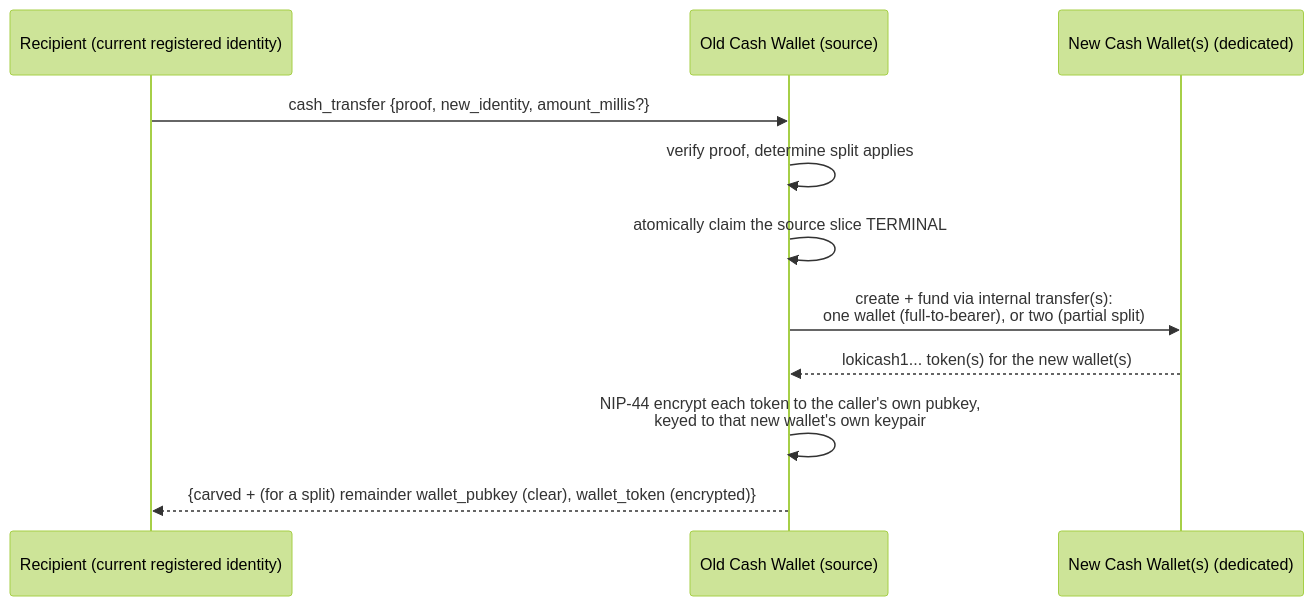
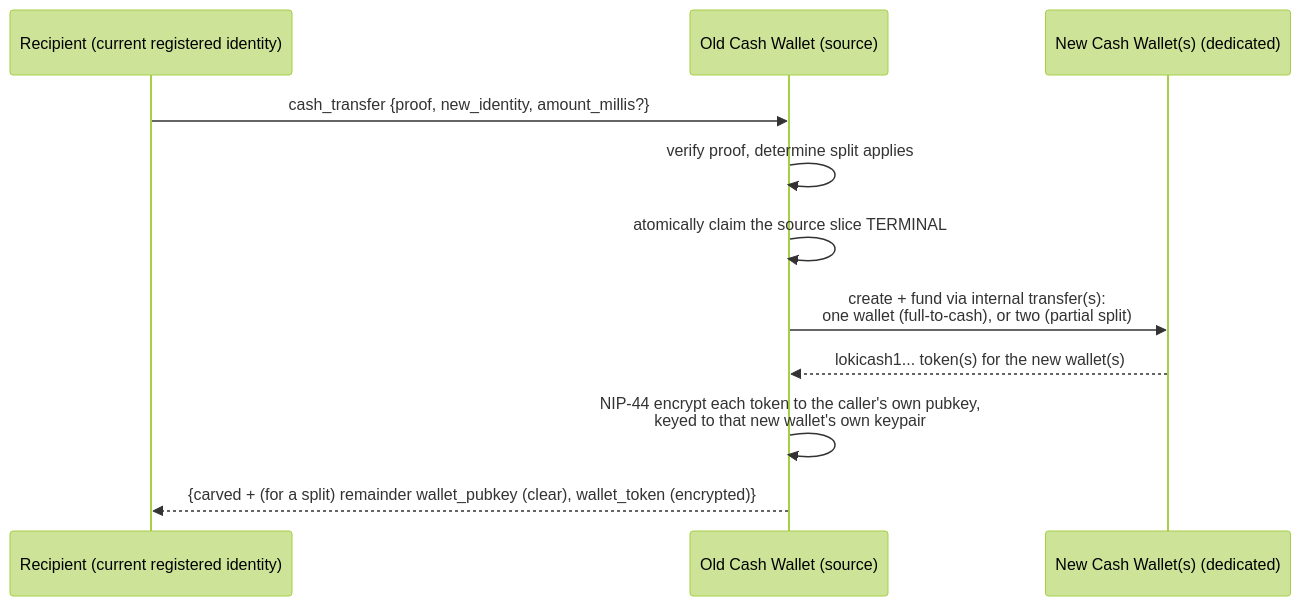
The fifth of 8 diagrams in docs/nips/NIP-CASH.md (flokiorg/lokihub), drawn with Mermaid (forest theme) before and after one commit. The commit also changed other lines of this file and 67 other files, not shown here.

First line of the commit message:
feat(cash)!: rename bearer mode to cash mode (#102)

````diff
--- a/docs/nips/NIP-CASH.md
+++ b/docs/nips/NIP-CASH.md
@@ -663,14 +670,14 @@
 ```mermaid
 sequenceDiagram
     participant Caller as Recipient (current registered identity)
     participant Old as Old Cash Wallet (source)
     participant New as New Cash Wallet(s) (dedicated)
 
     Caller->>Old: cash_transfer {proof, new_identity, amount_millis?}
     Old->>Old: verify proof, determine split applies
     Old->>Old: atomically claim the source slice TERMINAL
-    Old->>New: create + fund via internal transfer(s):<br/>one wallet (full-to-bearer), or two (partial split)
+    Old->>New: create + fund via internal transfer(s):<br/>one wallet (full-to-cash), or two (partial split)
     New-->>Old: lokicash1... token(s) for the new wallet(s)
     Old->>Old: NIP-44 encrypt each token to the caller's own pubkey,<br/>keyed to that new wallet's own keypair
     Old-->>Caller: {carved + (for a split) remainder wallet_pubkey (clear), wallet_token (encrypted)}
 ```
````
